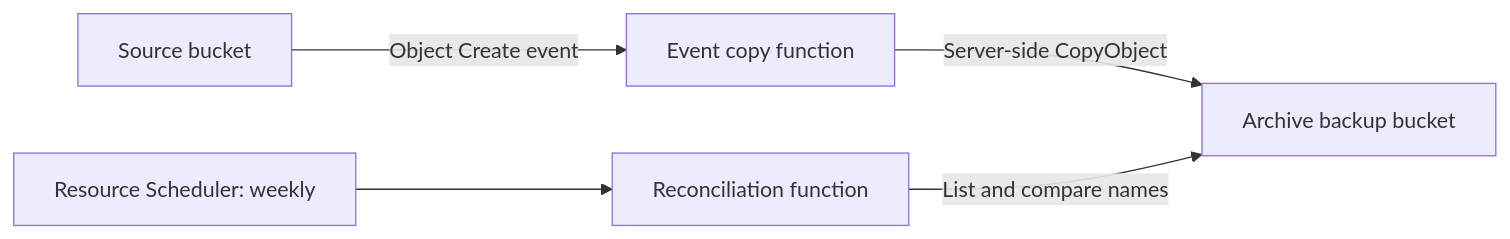
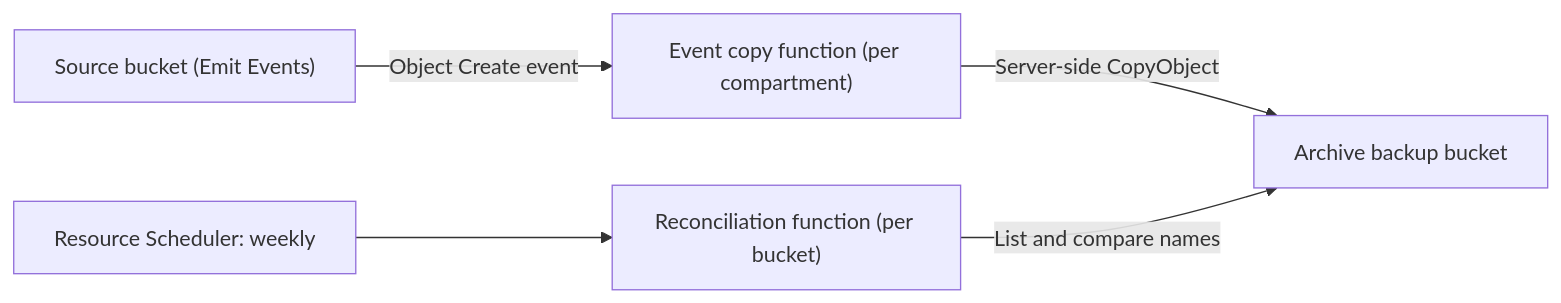
Before and after one commit to agregory999/oci-objectstorage-backup: the diagram in README.md, drawn with Mermaid. The commit also changed other lines of this file and 3 other files, not shown here.

````diff
--- a/README.md
+++ b/README.md
@@ -7,7 +9,7 @@
 ```mermaid
 flowchart LR
-    S["Source bucket"] -->|"Object Create event"| E["Event copy function"]
+    S["Source bucket (Emit Events)"] -->|"Object Create event"| E["Event copy function (per compartment)"]
     E -->|"Server-side CopyObject"| B["Archive backup bucket"]
-    R["Resource Scheduler: weekly"] --> C["Reconciliation function"]
+    R["Resource Scheduler: weekly"] --> C["Reconciliation function (per bucket)"]
     C -->|"List and compare names"| B
 ```
````
